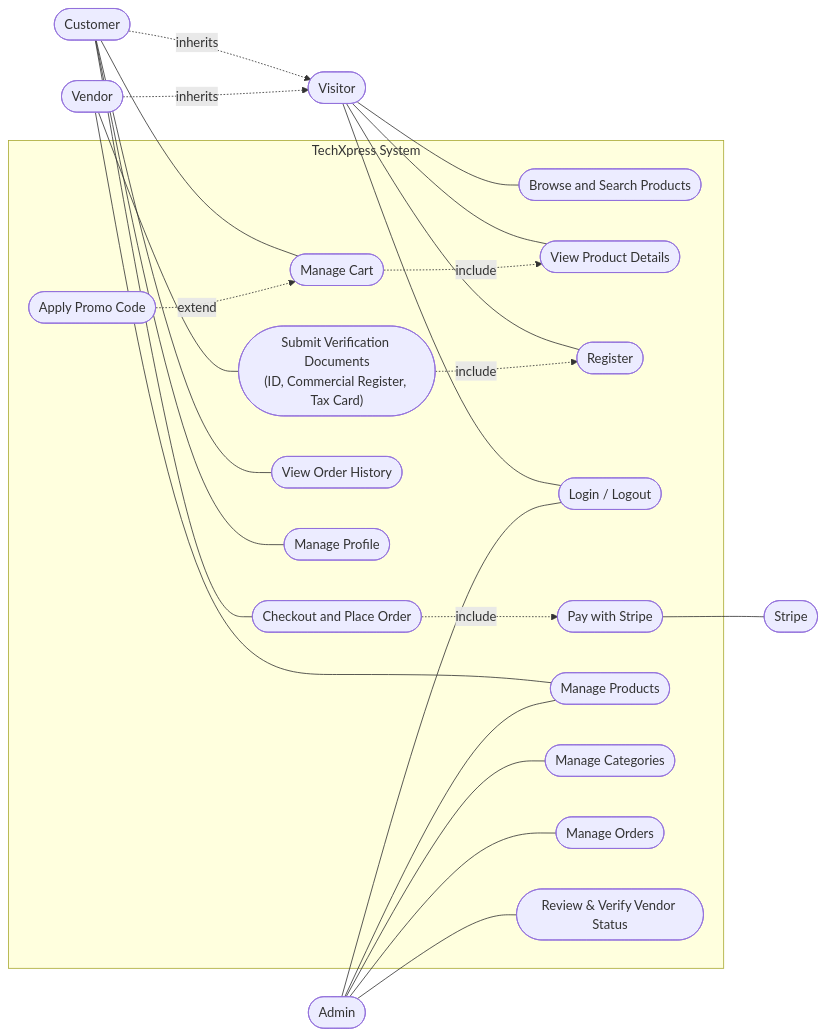
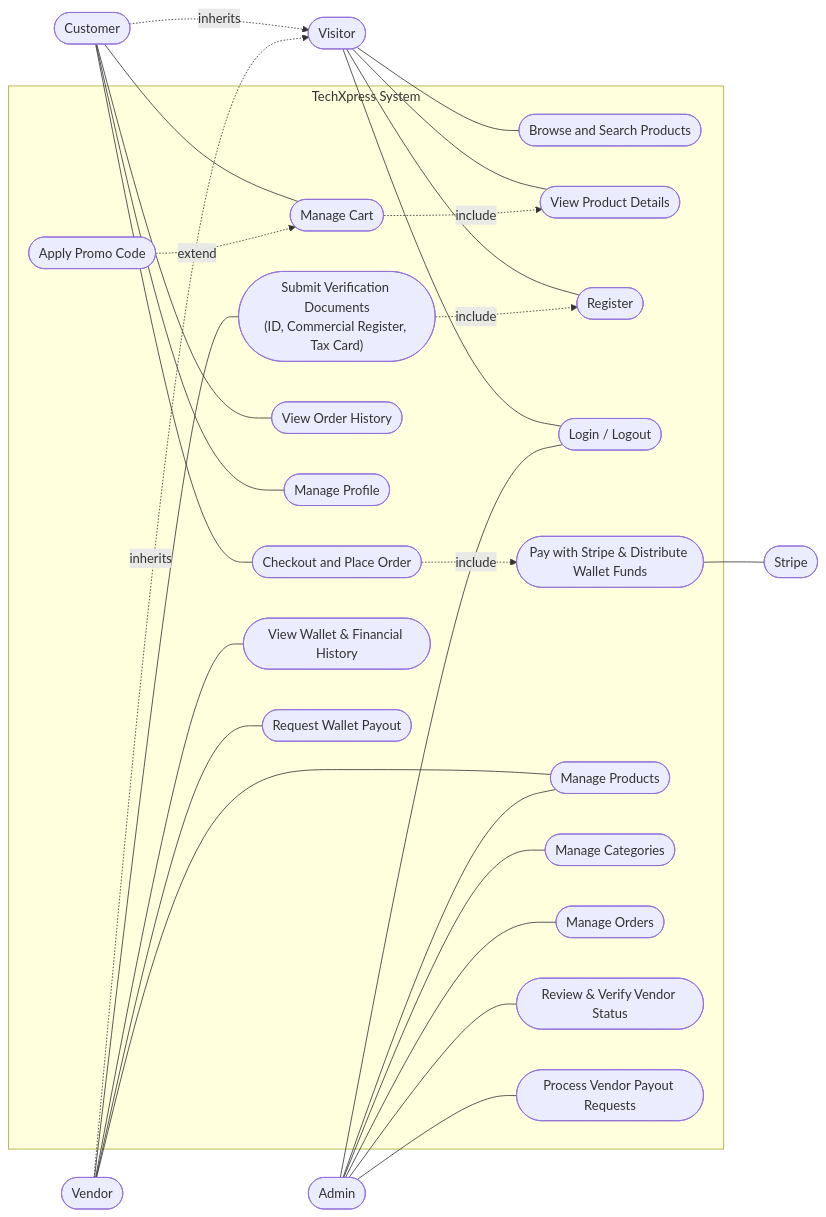
One commit to ahmadalrudiny/Techxpress_DEPI_Project changed the diagram in docs/System-Analysis-Design/02-Use-Cases.md. Above: the diagram before and after it, drawn with Mermaid. The commit also changed other lines of this file, not shown here.

````diff
--- a/docs/System-Analysis-Design/02-Use-Cases.md
+++ b/docs/System-Analysis-Design/02-Use-Cases.md
@@ -17,49 +17,55 @@
 ```mermaid
 flowchart LR
     V(["Visitor"])
     C(["Customer"])
     Ven(["Vendor"])
     A(["Admin"])
     S(["Stripe"])
 
     subgraph SYS["TechXpress System"]
         UC1(["Browse and Search Products"])
         UC2(["View Product Details"])
         UC3(["Register"])
         UC4(["Login / Logout"])
         UC5(["Manage Cart"])
         UC5b(["Apply Promo Code"])
         UC6(["Checkout and Place Order"])
-        UC7(["Pay with Stripe"])
+        UC7(["Pay with Stripe & Distribute Wallet Funds"])
         UC8(["View Order History"])
         UC9(["Manage Profile"])
         UC10(["Manage Products"])
         UC11(["Manage Categories"])
         UC12(["Manage Orders"])
         UC13(["Submit Verification Documents<br/>(ID, Commercial Register, Tax Card)"])
         UC14(["Review & Verify Vendor Status"])
+        UC15(["View Wallet & Financial History"])
+        UC16(["Request Wallet Payout"])
+        UC17(["Process Vendor Payout Requests"])
     end
 
     V --- UC1
     V --- UC2
     V --- UC3
     V --- UC4
     C -.->|inherits| V
     C --- UC5
     C --- UC6
     C --- UC8
     C --- UC9
     Ven -.->|inherits| V
     Ven --- UC13
     Ven --- UC10
+    Ven --- UC15
+    Ven --- UC16
     UC13 -.->|include| UC3
     A --- UC4
     A --- UC10
     A --- UC11
     A --- UC12
     A --- UC14
+    A --- UC17
     UC5b -.->|extend| UC5
     UC6 -.->|include| UC7
     UC7 --- S
     UC5 -.->|include| UC2
 ```
````
